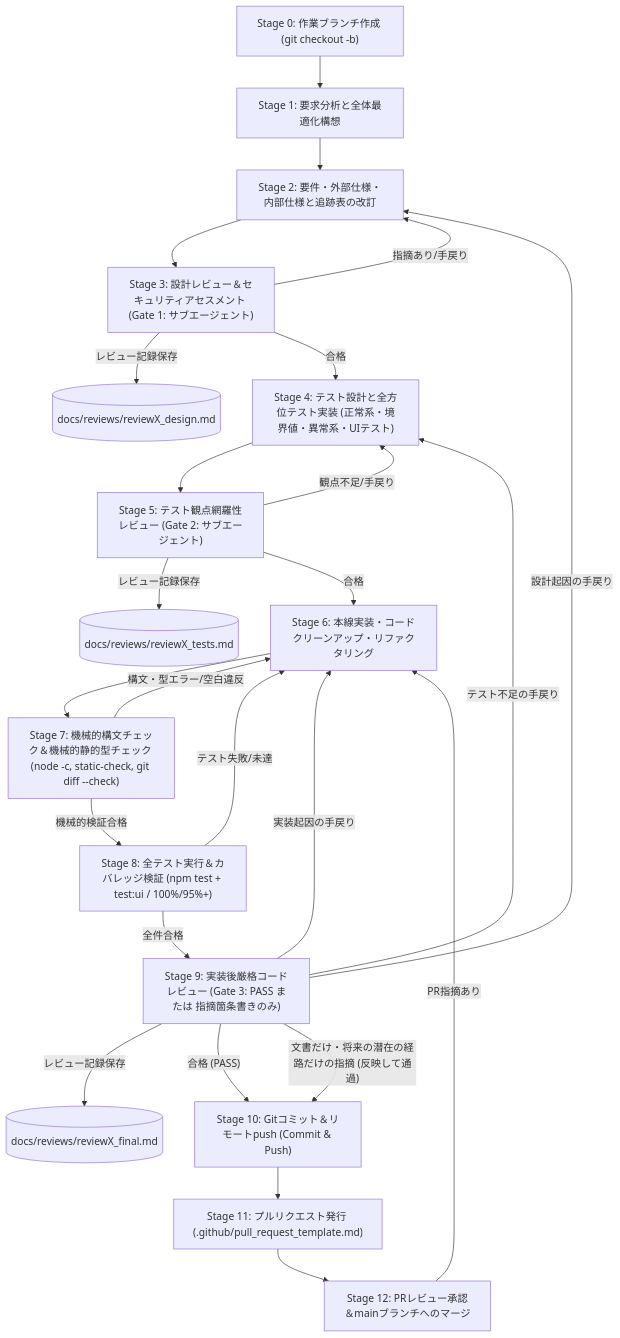
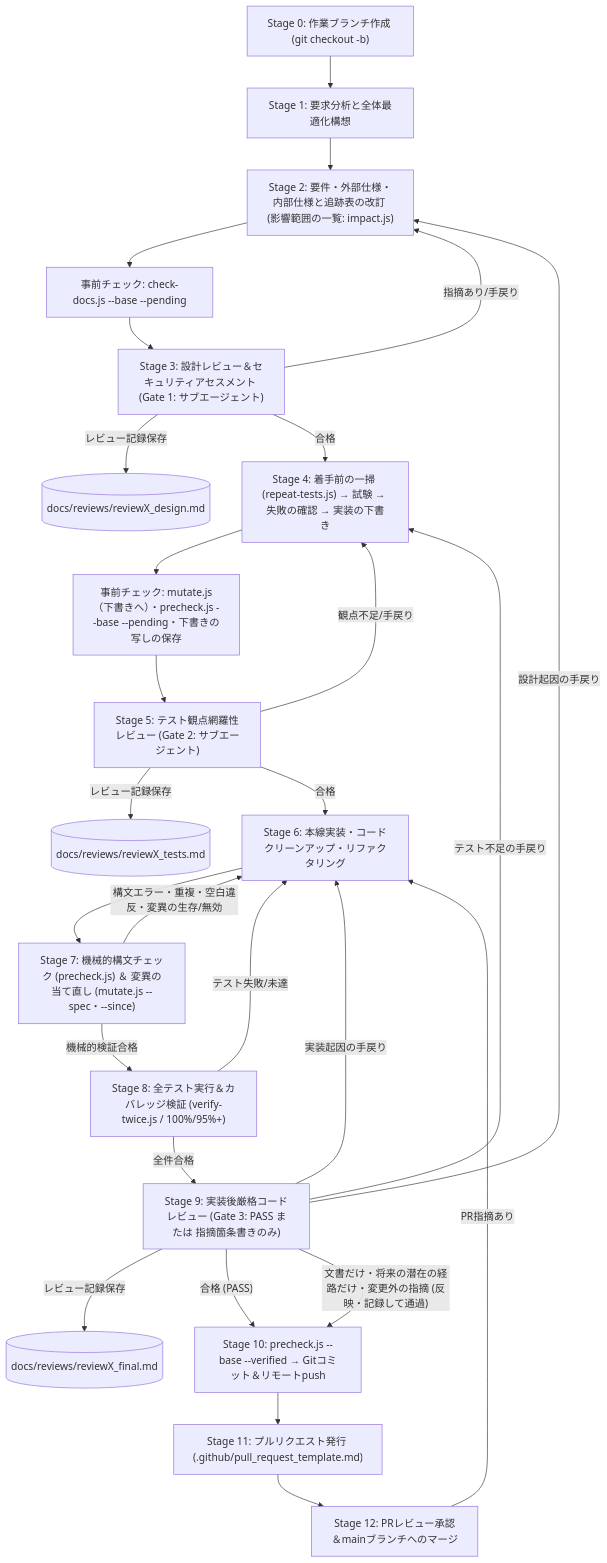
One commit to tekuteku-life/kogaidocs changed the first of 2 diagrams in docs/development_process.md. Above: the diagram before and after it, drawn with Mermaid. The commit also changed other lines of this file and 30 other files, not shown here.

````diff
--- a/docs/development_process.md
+++ b/docs/development_process.md
@@ -44,27 +46,29 @@
 ```mermaid
 flowchart TD
 	S0["Stage 0: 作業ブランチ作成 (git checkout -b)"] --> S1["Stage 1: 要求分析と全体最適化構想"]
-	S1 --> S2["Stage 2: 要件・外部仕様・内部仕様と追跡表の改訂"]
-	S2 --> S3["Stage 3: 設計レビュー＆セキュリティアセスメント (Gate 1: サブエージェント)"]
+	S1 --> S2["Stage 2: 要件・外部仕様・内部仕様と追跡表の改訂 (影響範囲の一覧: impact.js)"]
+	S2 --> P1["事前チェック: check-docs.js --base --pending"]
+	P1 --> S3["Stage 3: 設計レビュー＆セキュリティアセスメント (Gate 1: サブエージェント)"]
 	S3 -->|レビュー記録保存| D1[("docs/reviews/reviewX_design.md")]
 	S3 -- "指摘あり/手戻り" --> S2
-	S3 -- "合格" --> S4["Stage 4: テスト設計と全方位テスト実装 (正常系・境界値・異常系・UIテスト)"]
-	S4 --> S5["Stage 5: テスト観点網羅性レビュー (Gate 2: サブエージェント)"]
+	S3 -- "合格" --> S4["Stage 4: 着手前の一掃 (repeat-tests.js) → 試験 → 失敗の確認 → 実装の下書き"]
+	S4 --> P2["事前チェック: mutate.js（下書きへ）・precheck.js --base --pending・下書きの写しの保存"]
+	P2 --> S5["Stage 5: テスト観点網羅性レビュー (Gate 2: サブエージェント)"]
 	S5 -->|レビュー記録保存| D2[("docs/reviews/reviewX_tests.md")]
 	S5 -- "観点不足/手戻り" --> S4
 	S5 -- "合格" --> S6["Stage 6: 本線実装・コードクリーンアップ・リファクタリング"]
-	S6 --> S7["Stage 7: 機械的構文チェック＆機械的静的型チェック (node -c, static-check, git diff --check)"]
-	S7 -- "構文・型エラー/空白違反" --> S6
-	S7 -- "機械的検証合格" --> S8["Stage 8: 全テスト実行＆カバレッジ検証 (npm test + test:ui / 100%/95%+)"]
+	S6 --> S7["Stage 7: 機械的構文チェック (precheck.js) ＆ 変異の当て直し (mutate.js --spec・--since)"]
+	S7 -- "構文エラー・重複・空白違反・変異の生存/無効" --> S6
+	S7 -- "機械的検証合格" --> S8["Stage 8: 全テスト実行＆カバレッジ検証 (verify-twice.js / 100%/95%+)"]
 	S8 -- "テスト失敗/未達" --> S6
 	S8 -- "全件合格" --> S9["Stage 9: 実装後厳格コードレビュー (Gate 3: PASS または 指摘箇条書きのみ)"]
 	S9 -->|レビュー記録保存| D3[("docs/reviews/reviewX_final.md")]
 	S9 -- "設計起因の手戻り" --> S2
 	S9 -- "テスト不足の手戻り" --> S4
 	S9 -- "実装起因の手戻り" --> S6
-	S9 -- "合格 (PASS)" --> S10["Stage 10: Gitコミット＆リモートpush (Commit & Push)"]
-	S9 -- "文書だけ・将来の潜在の経路だけの指摘 (反映して通過)" --> S10
+	S9 -- "合格 (PASS)" --> S10["Stage 10: precheck.js --base --verified → Gitコミット＆リモートpush"]
+	S9 -- "文書だけ・将来の潜在の経路だけ・変更外の指摘 (反映・記録して通過)" --> S10
 	S10 --> S11["Stage 11: プルリクエスト発行 (.github/pull_request_template.md)"]
 	S11 --> S12["Stage 12: PRレビュー承認＆mainブランチへのマージ"]
 	S12 -- "PR指摘あり" --> S6
 ```
````
